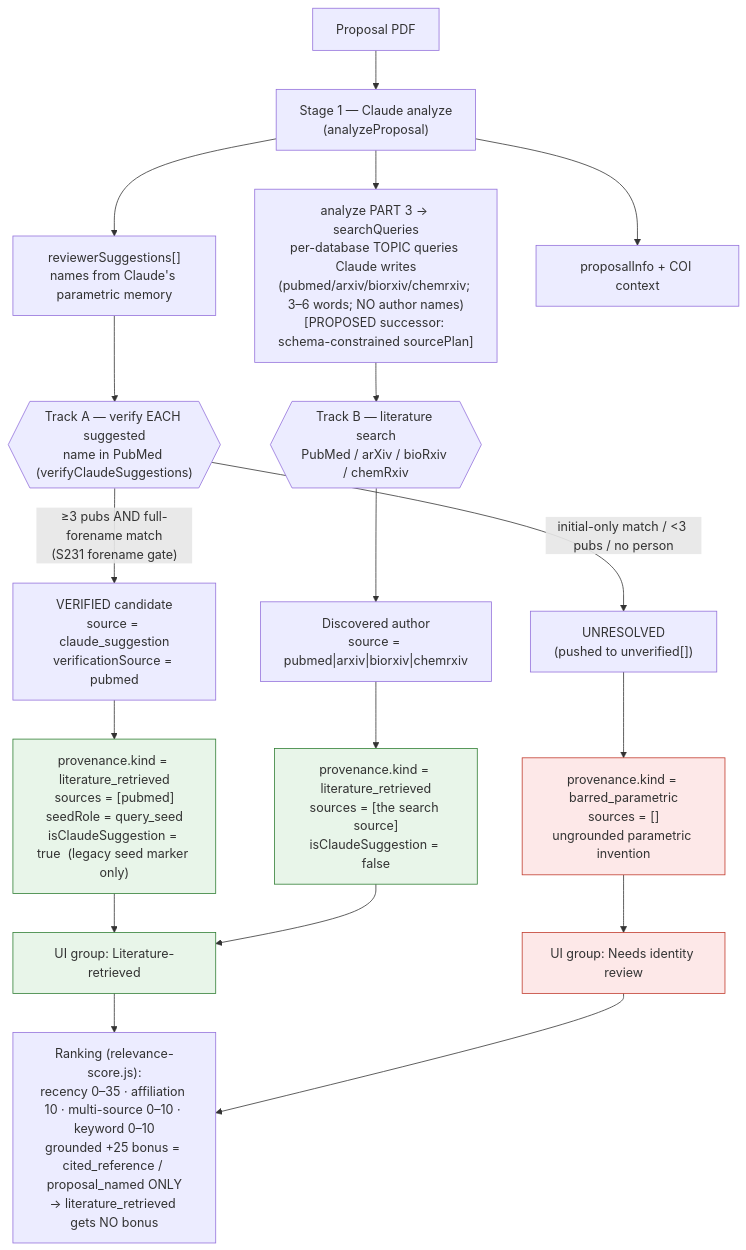
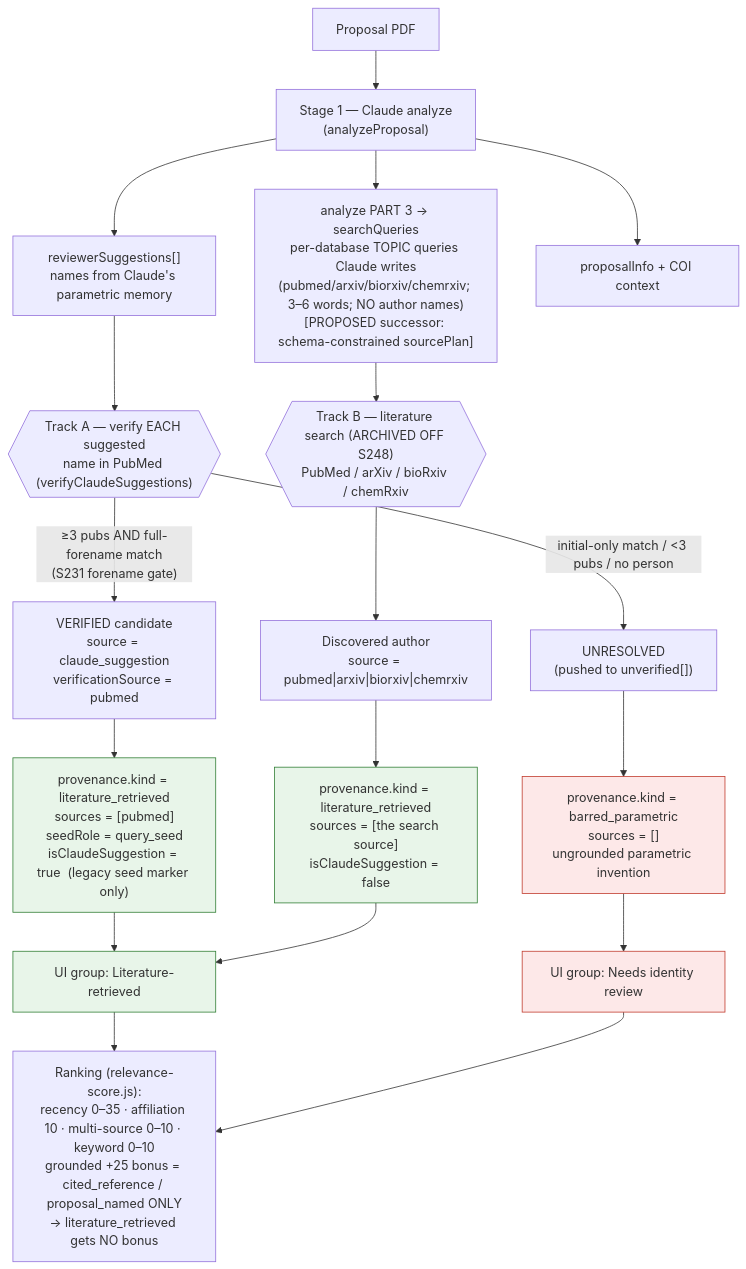
One commit to justingallivan/wmkf-research-apps changed the diagram in docs/REVIEWER_PROVENANCE_MODEL.md. Above: the diagram before and after it, drawn with Mermaid. The commit also changed other lines of this file and 3 other files, not shown here.

````diff
--- a/docs/REVIEWER_PROVENANCE_MODEL.md
+++ b/docs/REVIEWER_PROVENANCE_MODEL.md
@@ -36,31 +36,31 @@
 ```mermaid
 flowchart TD
     P[Proposal PDF] --> A["Stage 1 — Claude analyze<br/>(analyzeProposal)"]
     A --> S["reviewerSuggestions[]<br/>names from Claude's parametric memory"]
     A --> Q["analyze PART 3 → searchQueries<br/>per-database TOPIC queries Claude writes<br/>(pubmed/arxiv/biorxiv/chemrxiv; 3–6 words; NO author names)<br/>[PROPOSED successor: schema-constrained sourcePlan]"]
     A --> I["proposalInfo + COI context"]
 
     S --> TA{{"Track A — verify EACH suggested<br/>name in PubMed (verifyClaudeSuggestions)"}}
-    Q --> TB{{"Track B — literature search<br/>PubMed / arXiv / bioRxiv / chemRxiv"}}
+    Q --> TB{{"Track B — literature search (ARCHIVED OFF S248)<br/>PubMed / arXiv / bioRxiv / chemRxiv"}}
 
     TA -->|"≥3 pubs AND full-forename match<br/>(S231 forename gate)"| V["VERIFIED candidate<br/>source = claude_suggestion<br/>verificationSource = pubmed"]
     TA -->|"initial-only match / &lt;3 pubs / no person"| U["UNRESOLVED<br/>(pushed to unverified[])"]
 
     TB --> D["Discovered author<br/>source = pubmed|arxiv|biorxiv|chemrxiv"]
 
     V --> VP["provenance.kind = literature_retrieved<br/>sources = [pubmed]<br/>seedRole = query_seed<br/>isClaudeSuggestion = true  (legacy seed marker only)"]
     U --> UP["provenance.kind = barred_parametric<br/>sources = []<br/>ungrounded parametric invention"]
     D --> DP["provenance.kind = literature_retrieved<br/>sources = [the search source]<br/>isClaudeSuggestion = false"]
 
     VP --> G1["UI group: Literature-retrieved"]
     DP --> G1
     UP --> G2["UI group: Needs identity review"]
 
     G1 --> R["Ranking (relevance-score.js):<br/>recency 0–35 · affiliation 10 · multi-source 0–10 · keyword 0–10<br/>grounded +25 bonus = cited_reference / proposal_named ONLY<br/>→ literature_retrieved gets NO bonus"]
     G2 --> R
 
     classDef barred fill:#fde8e8,stroke:#c0392b;
     classDef grounded fill:#e8f5e9,stroke:#2e7d32;
     class UP,G2 barred;
     class VP,DP,G1 grounded;
 ```
````
